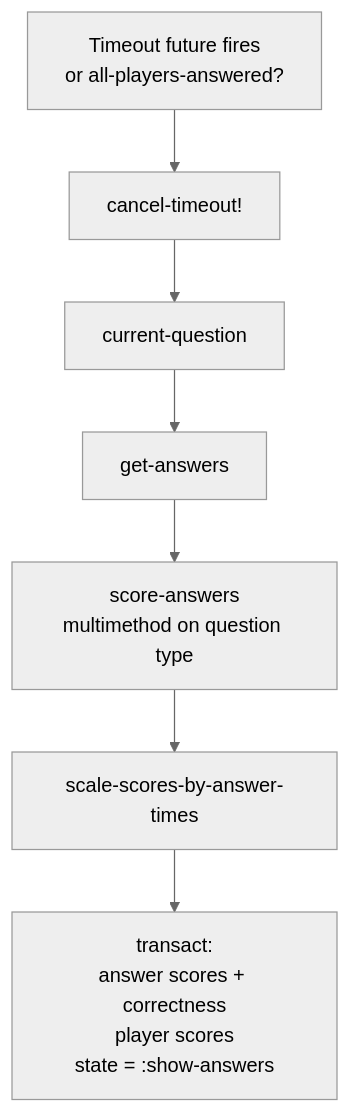
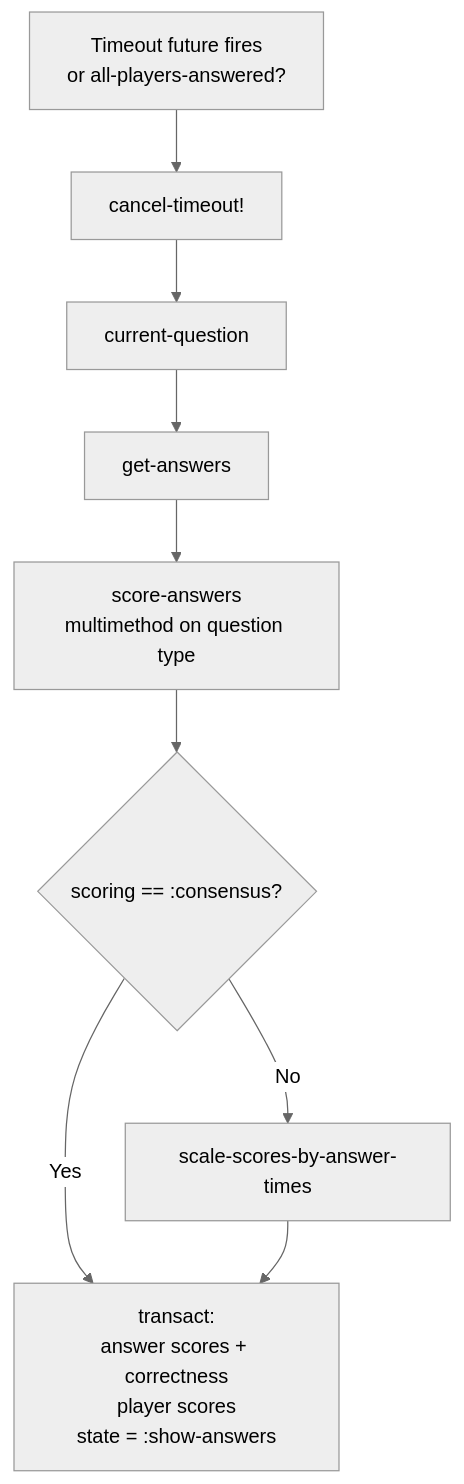
Before and after one commit to jindrichmynarz/localquiz: the seventh of 8 diagrams in data_flow.md, drawn with Mermaid (neutral theme). The commit also changed other lines of this file, not shown here.

Commit message:
Update the data flow

````diff
--- a/data_flow.md
+++ b/data_flow.md
@@ -156,10 +197,12 @@
 ```mermaid
 flowchart TD
-    T[Timeout future fires\nor all-players-answered?]
+    T["Timeout future fires<br/>or all-players-answered?"]
     T --> CA[cancel-timeout!]
     CA --> CQ[current-question]
     CQ --> GA[get-answers]
-    GA --> SA[score-answers\nmultimethod on question type]
-    SA --> SS[scale-scores-by-answer-times]
-    SS --> TX["transact:\nanswer scores + correctness\nplayer scores\nstate = :show-answers"]
+    GA --> SA["score-answers<br/>multimethod on question type"]
+    SA --> CS{scoring == :consensus?}
+    CS -->|No| SS[scale-scores-by-answer-times]
+    CS -->|Yes| TX
+    SS --> TX["transact:<br/>answer scores + correctness<br/>player scores<br/>state = :show-answers"]
 ```
````
